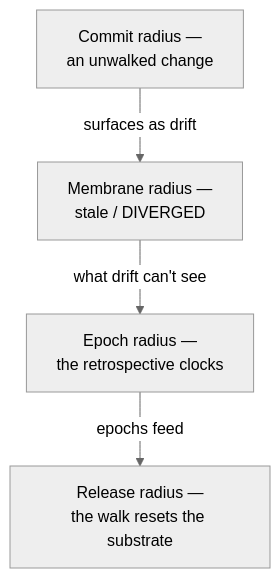
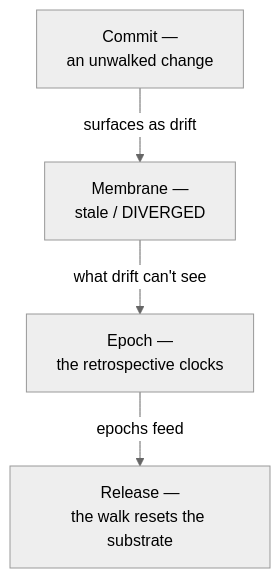
One commit to JanoshMoshiri/MarkdownLLM changed the fourth of 4 diagrams in docs/estate-mechanics.md. Above: the diagram before and after it, drawn with Mermaid (neutral theme). The commit also changed other lines of this file and 30 other files, not shown here.

````diff
--- a/docs/estate-mechanics.md
+++ b/docs/estate-mechanics.md
@@ -234,15 +236,15 @@
 ```mermaid
 flowchart TD
-    accTitle: The four radii nesting as safety nets
+    accTitle: The four boundaries nesting as safety nets
     accDescr {
         A single chain of four stages, each catching what the one before it
-        missed. An unwalked change at the commit radius surfaces as drift at
-        the membrane radius, reported as stale or DIVERGED. What drift cannot
-        see falls to the epoch radius and its retrospective clocks. Epochs in
-        turn feed the release radius, where the walk resets the substrate. One
-        split repeated at every radius: detection mechanical, judgement human.
+        missed. An unwalked change at the commit boundary surfaces as drift at
+        the membrane, reported as stale or DIVERGED. What drift cannot see
+        falls to the epoch and its retrospective clocks. Epochs in turn feed
+        the release, where the walk resets the substrate. One split repeated
+        at every boundary: detection mechanical, judgement the operator's.
     }
-    C1["Commit radius —<br/>an unwalked change"] -->|"surfaces as drift"| M1["Membrane radius —<br/>stale / DIVERGED"]
-    M1 -->|"what drift can't see"| E1["Epoch radius —<br/>the retrospective clocks"]
-    E1 -->|"epochs feed"| R1["Release radius —<br/>the walk resets the substrate"]
+    C1["Commit —<br/>an unwalked change"] -->|"surfaces as drift"| M1["Membrane —<br/>stale / DIVERGED"]
+    M1 -->|"what drift can't see"| E1["Epoch —<br/>the retrospective clocks"]
+    E1 -->|"epochs feed"| R1["Release —<br/>the walk resets the substrate"]
 ```
````
